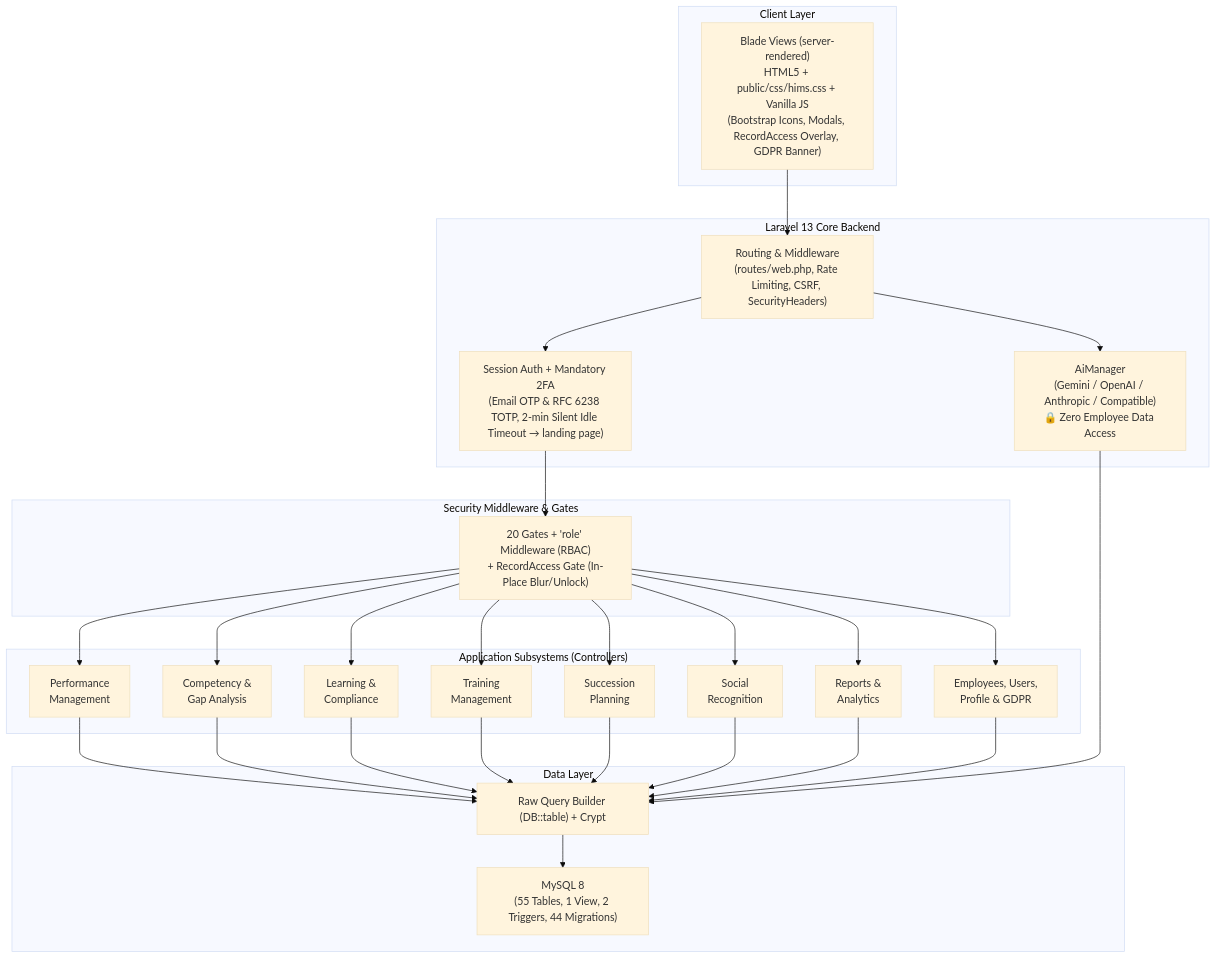
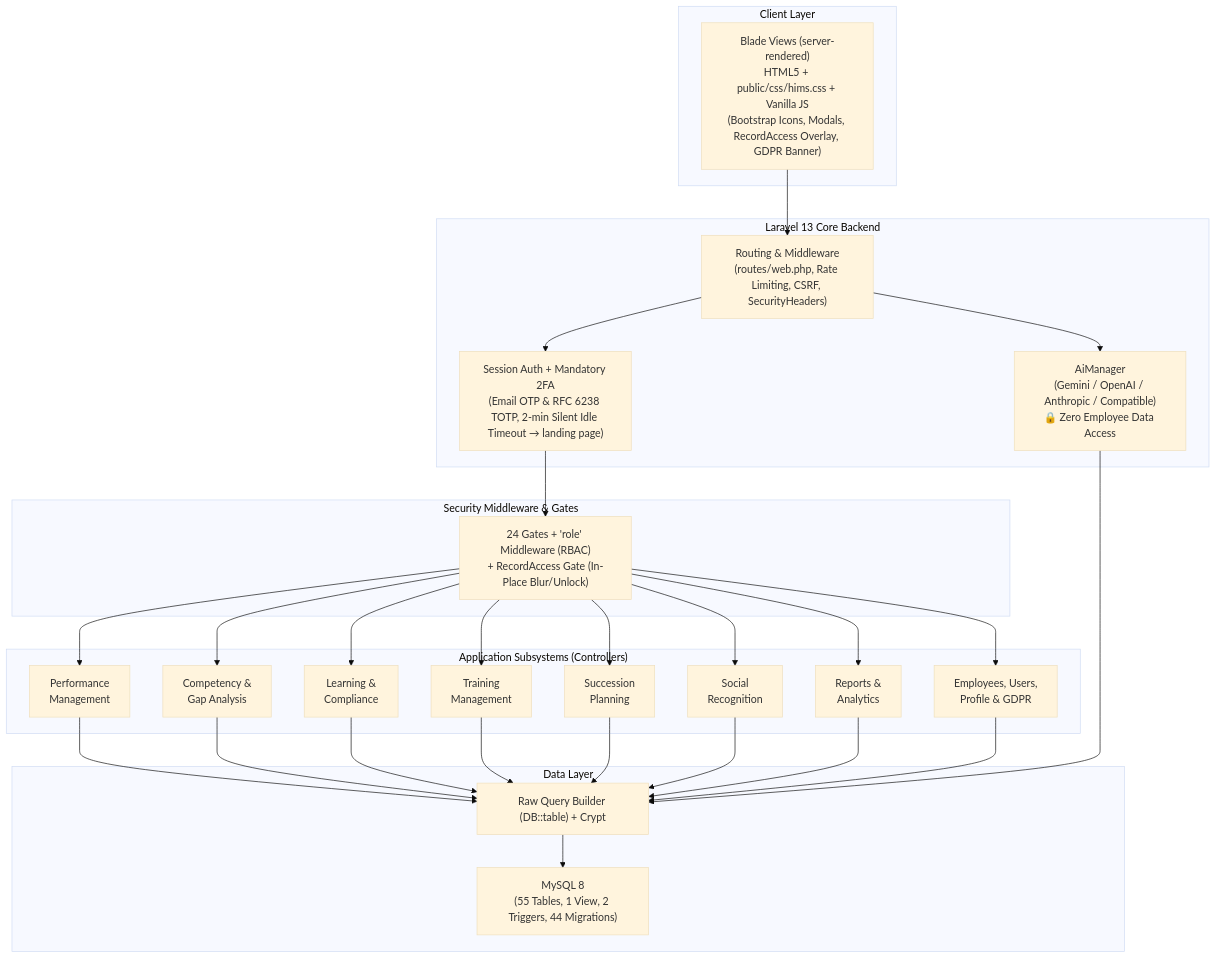
Before and after one commit to shikabane277/HIMS-v2: the first of 3 diagrams in HIMS_SYSTEM_DOCUMENTATION.md, drawn with Mermaid (base theme). The commit also changed other lines of this file and 4 other files, not shown here.

````diff
--- a/HIMS_SYSTEM_DOCUMENTATION.md
+++ b/HIMS_SYSTEM_DOCUMENTATION.md
@@ -21,41 +21,41 @@
 ```mermaid
 graph TB
     subgraph "Client Layer"
         SPA["Blade Views (server-rendered)<br/>HTML5 + public/css/hims.css + Vanilla JS<br/>(Bootstrap Icons, Modals, RecordAccess Overlay, GDPR Banner)"]
     end
 
     subgraph "Laravel 13 Core Backend"
         GW["Routing & Middleware<br/>(routes/web.php, Rate Limiting, CSRF, SecurityHeaders)"]
         AUTH["Session Auth + Mandatory 2FA<br/>(Email OTP & RFC 6238 TOTP, 2-min Silent Idle Timeout → landing page)"]
         INTEG["AiManager<br/>(Gemini / OpenAI / Anthropic / Compatible)<br/>🔒 Zero Employee Data Access"]
     end
 
     subgraph "Application Subsystems (Controllers)"
         PM["Performance<br/>Management"]
         CM["Competency &<br/>Gap Analysis"]
         LM["Learning &<br/>Compliance"]
         TM["Training<br/>Management"]
         SP["Succession<br/>Planning"]
         SR["Social<br/>Recognition"]
         RP["Reports &<br/>Analytics"]
         GD["Employees, Users,<br/>Profile & GDPR"]
     end
 
     subgraph "Data Layer"
         QB["Raw Query Builder (DB::table) + Crypt"]
         MY["MySQL 8<br/>(55 Tables, 1 View, 2 Triggers, 44 Migrations)"]
     end
 
     subgraph "Security Middleware & Gates"
-        RBAC["20 Gates + 'role' Middleware (RBAC)<br/>+ RecordAccess Gate (In-Place Blur/Unlock)"]
+        RBAC["24 Gates + 'role' Middleware (RBAC)<br/>+ RecordAccess Gate (In-Place Blur/Unlock)"]
     end
 
     SPA --> GW
     GW --> AUTH
     AUTH --> RBAC
     RBAC --> PM & CM & LM & TM & SP & SR & RP & GD
     GW --> INTEG
     PM & CM & LM & TM & SP & SR & RP & GD --> QB
     INTEG --> QB
     QB --> MY
 ```
````
